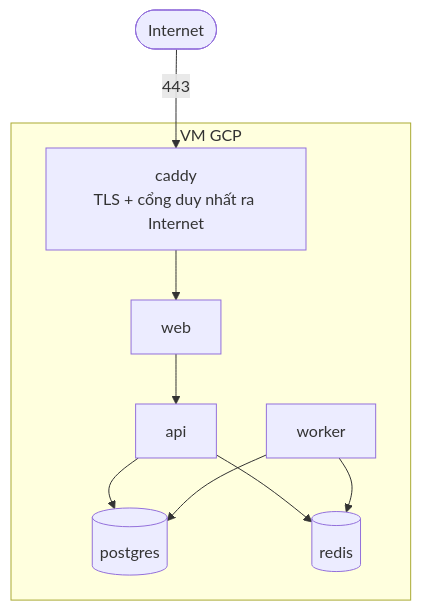
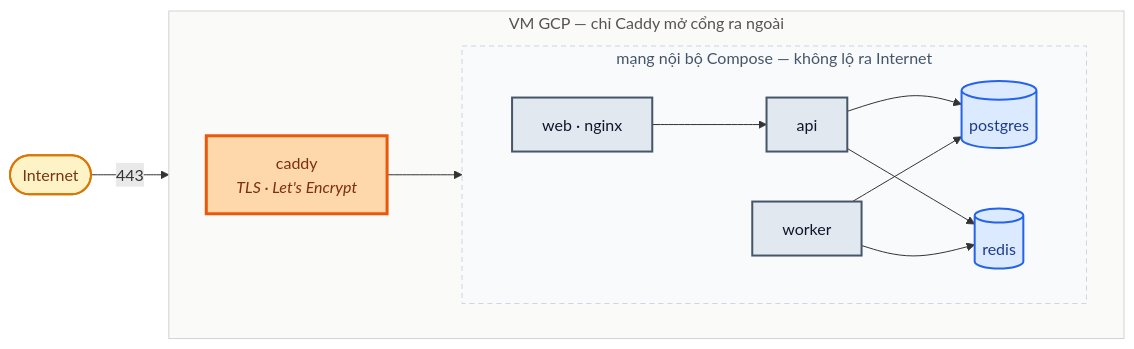
The seventh of 7 diagrams in docs/architecture_diagram.md (fiezen13/aml-monitoring-investigation-system), drawn with Mermaid before and after one commit. The commit also changed other lines of this file, not shown here.

First line of the commit message:
docs: vẽ lại 7 sơ đồ kiến trúc, thống nhất phối màu và bố cục

````diff
--- a/docs/architecture_diagram.md
+++ b/docs/architecture_diagram.md
@@ -272,19 +408,40 @@
 ```mermaid
-graph TB
-    subgraph VM["VM GCP"]
-        CADDY["caddy<br/>TLS + cổng duy nhất ra Internet"]
-        W["web"]
-        A["api"]
-        WK["worker"]
-        PGV[("postgres")]
-        RDV[("redis")]
+flowchart LR
+    Net(["Internet"])
+
+    subgraph VM["VM GCP — chỉ Caddy mở cổng ra ngoài"]
+        direction LR
+        CADDY["caddy<br/><i>TLS · Let's Encrypt</i>"]
+
+        subgraph Internal["mạng nội bộ Compose — không lộ ra Internet"]
+            direction LR
+            W["web · nginx"]
+            A["api"]
+            WK["worker"]
+            PGV[("postgres")]
+            RDV[("redis")]
+        end
+
+        CADDY --> W
+        W --> A
+        A --> PGV
+        A --> RDV
+        WK --> RDV
+        WK --> PGV
     end
 
-    Net([Internet]) -->|443| CADDY
-    CADDY --> W
-    W --> A
-    A --> PGV
-    A --> RDV
-    WK --> RDV
-    WK --> PGV
+    Net -->|"443"| CADDY
+
+    classDef edge fill:#FEF3C7,stroke:#D97706,stroke-width:2px,color:#78350F
+    classDef gate fill:#FED7AA,stroke:#EA580C,stroke-width:3px,color:#7C2D12
+    classDef svc fill:#E2E8F0,stroke:#475569,stroke-width:2px,color:#0F172A
+    classDef store fill:#DBEAFE,stroke:#2563EB,stroke-width:2px,color:#1E3A8A
+
+    class Net edge
+    class CADDY gate
+    class W,A,WK svc
+    class PGV,RDV store
+
+    style VM fill:#FAFAF9,stroke:#D6D3D1,color:#57534E
+    style Internal fill:#F8FAFC,stroke:#CBD5E1,stroke-dasharray:5 4,color:#475569
 ```
````
